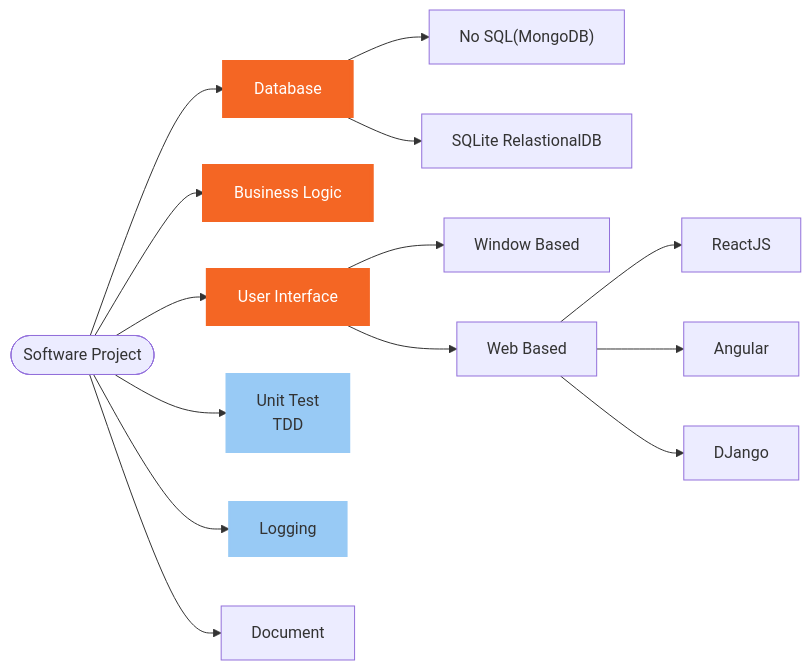
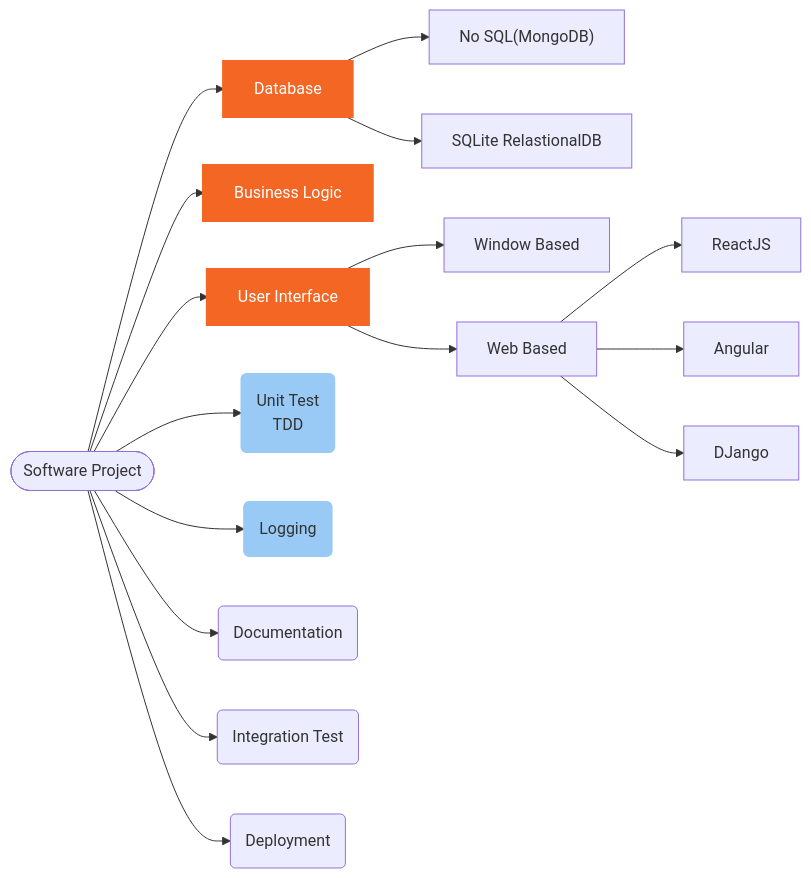
One commit to terrenceliu01/python1 changed the fourth of 7 diagrams in doc/python.md. Above: the diagram before and after it, drawn with Mermaid. The commit also changed other lines of this file and 32 other files, not shown here.

````diff
--- a/doc/python.md
+++ b/doc/python.md
@@ -250,29 +260,31 @@
 ```mermaid
 graph LR
 A([Software Project])
 D[User Interface]
 E[Business Logic]
 F[Database]
 G["No SQL(MongoDB)"]
 H["SQLite RelastionalDB"]
 I[Window Based]
 J[Web Based]
 K[ReactJS]
 L[Angular]
 M[DJango]
-N[Unit Test<br>TDD]
-O[Logging]
-P[Document]
+UNIT(Unit Test<br>TDD)
+LOG(Logging)
+DOC(Documentation)
+INTG(Integration Test)
+DEPLOY(Deployment)
 
 
-A --> D & E & F & N & O & P
+A --> D & E & F & UNIT & LOG & DOC & INTG & DEPLOY
 D-->I & J
 F-->G & H
 J-->K & L & M
 
 classDef html fill:#F46624,stroke:#F46624,stroke-width:4px,color:white;
 classDef js fill:#98CAF5,stroke:#98CAF5,stroke-width:2px;
 
 class D,E,F html
-class N,O js
+class UNIT,LOG js
 ```
````
